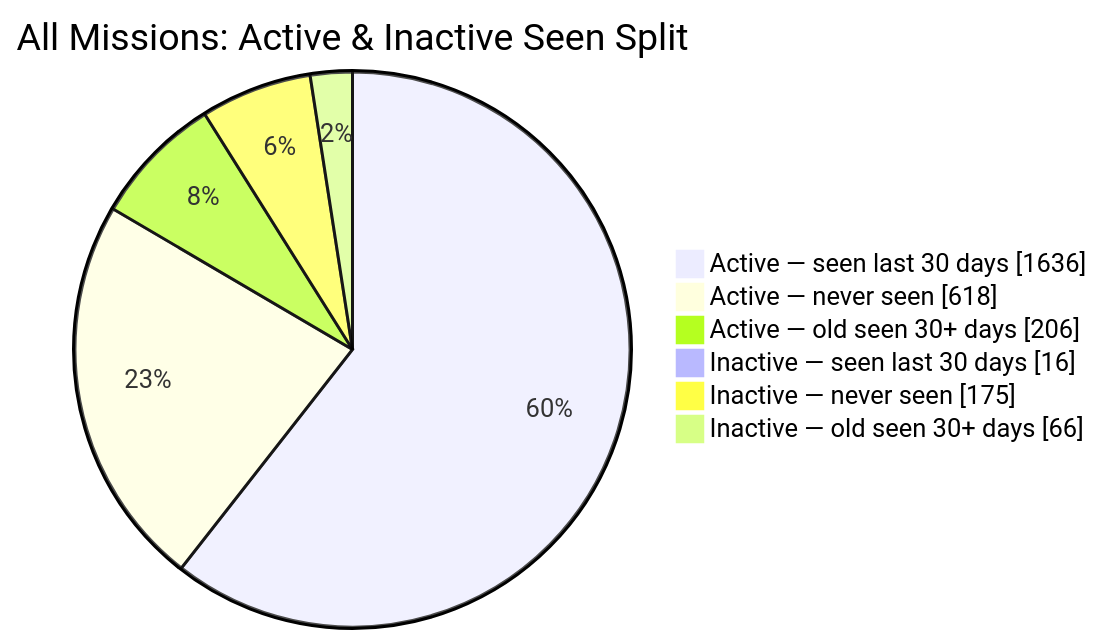
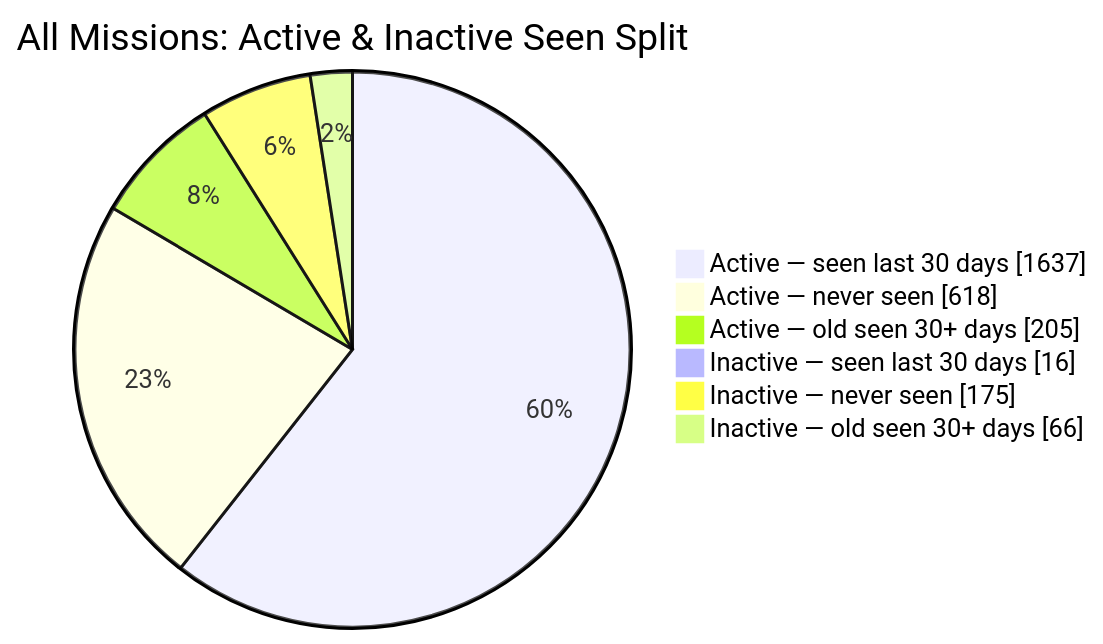
Before and after one commit to MeldkamerspelGameTeam/active-missions: the second of 2 diagrams in README.md, drawn with Mermaid. The commit also changed other lines of this file and 3 other files, not shown here.

````diff
--- a/README.md
+++ b/README.md
@@ -44,10 +44,10 @@
 ```mermaid
 pie showData
     title All Missions: Active & Inactive Seen Split
-    "Active — seen last 30 days" : 1636
+    "Active — seen last 30 days" : 1637
     "Active — never seen" : 618
-    "Active — old seen 30+ days" : 206
+    "Active — old seen 30+ days" : 205
     "Inactive — seen last 30 days" : 16
     "Inactive — never seen" : 175
     "Inactive — old seen 30+ days" : 66
 ```
````
